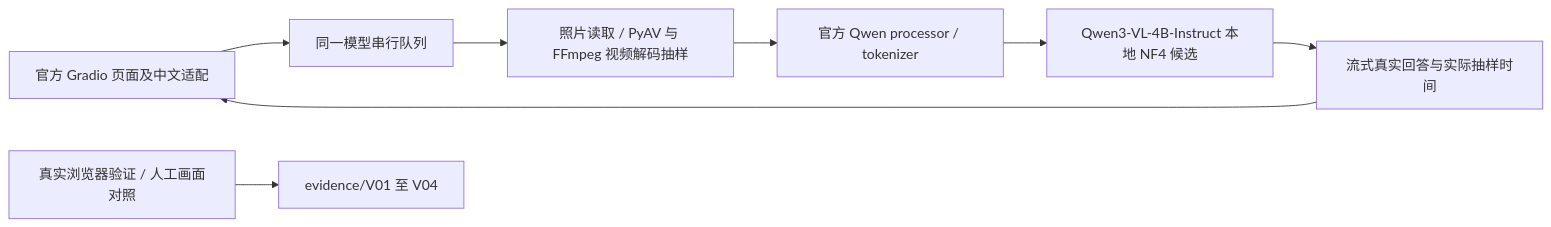
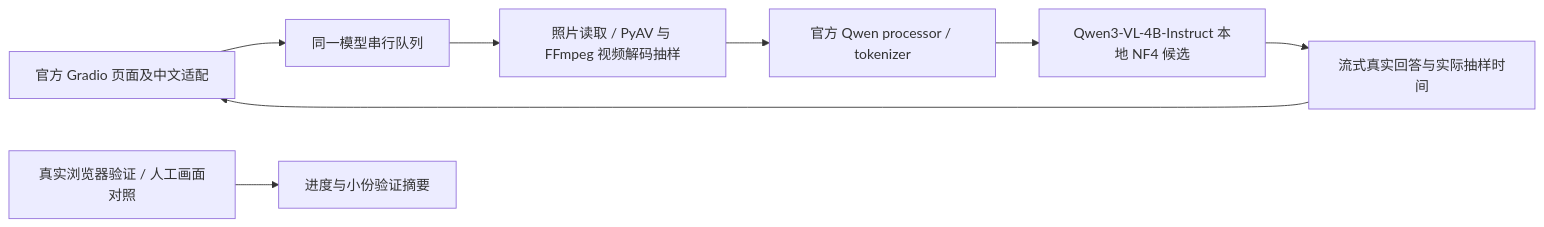
The second of 3 diagrams in docs/ARCHITECTURE.md (YuxuanQi123456/sd1-construction-vision), drawn with Mermaid before and after one commit. The commit also changed other lines of this file and 3 other files, not shown here.

````diff
--- a/docs/ARCHITECTURE.md
+++ b/docs/ARCHITECTURE.md
@@ -45,10 +53,10 @@
 ```mermaid
 flowchart LR
   UI[官方 Gradio 页面及中文适配] --> Queue[同一模型串行队列]
   Queue --> Media[照片读取 / PyAV 与 FFmpeg 视频解码抽样]
   Media --> Processor[官方 Qwen processor / tokenizer]
   Processor --> Model[Qwen3-VL-4B-Instruct 本地 NF4 候选]
   Model --> Output[流式真实回答与实际抽样时间]
   Output --> UI
-  Test[真实浏览器验证 / 人工画面对照] --> Evidence[evidence/V01 至 V04]
+  Test[真实浏览器验证 / 人工画面对照] --> Evidence[进度与小份验证摘要]
 ```
````
